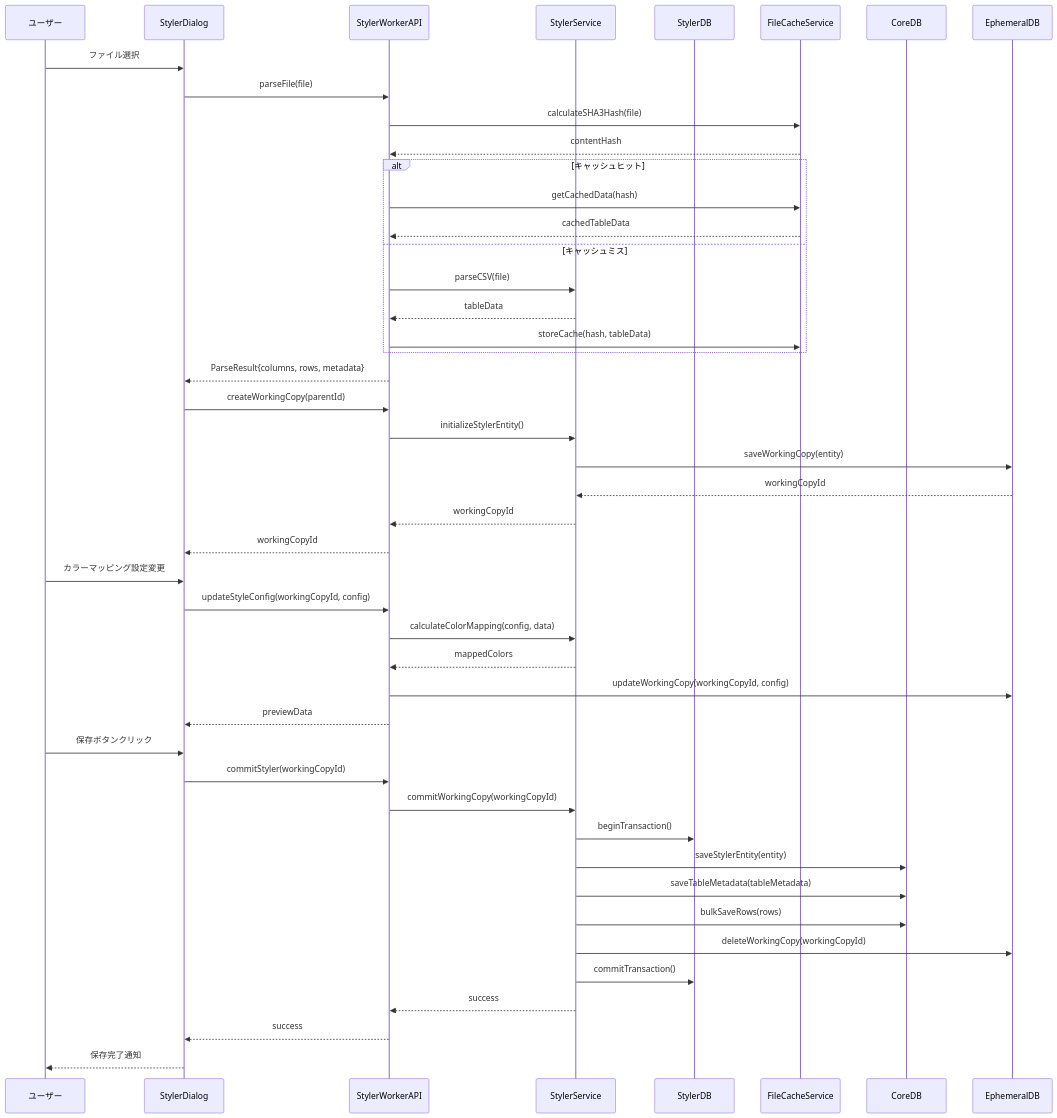
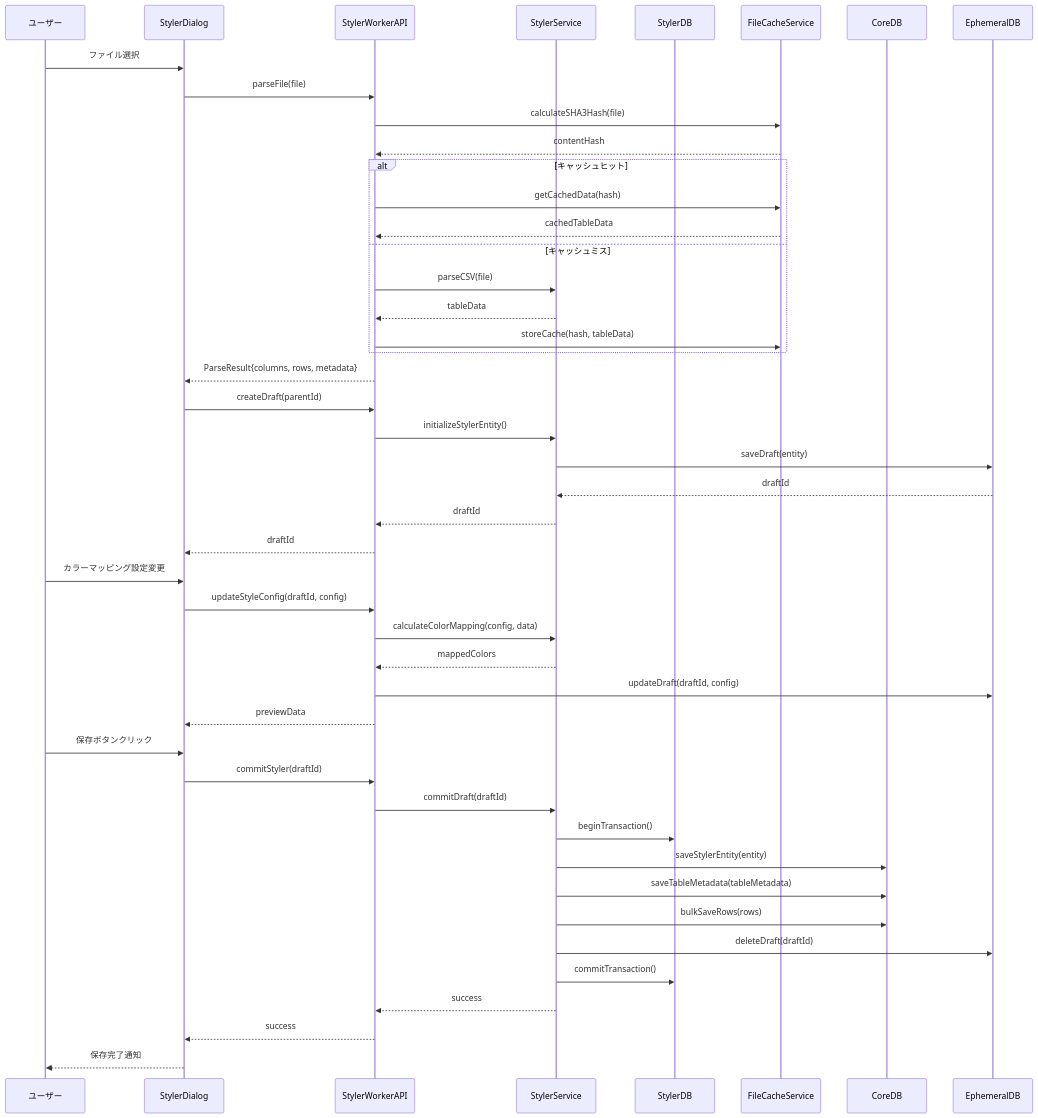
One commit to kubohiroya/hierarchidb changed the second of 10 diagrams in docs/deprecated/REPORT/design/plugin-stylemap/dataflow.md. Above: the diagram before and after it, drawn with Mermaid. The commit also changed other lines of this file and 796 other files, not shown here.

````diff
--- a/docs/deprecated/REPORT/design/plugin-stylemap/dataflow.md
+++ b/docs/deprecated/REPORT/design/plugin-stylemap/dataflow.md
@@ -57,60 +57,60 @@
 ```mermaid
 sequenceDiagram
     participant U as ユーザー
     participant UI as StylerDialog
     participant W as StylerWorkerAPI
     participant S as StylerService
     participant DB as StylerDB
     participant Cache as FileCacheService
     participant CoreDB as CoreDB
     participant EDB as EphemeralDB
 
     %% ファイルアップロード
     U->>UI: ファイル選択
     UI->>W: parseFile(file)
     W->>Cache: calculateSHA3Hash(file)
     Cache-->>W: contentHash
     
     alt キャッシュヒット
         W->>Cache: getCachedData(hash)
         Cache-->>W: cachedTableData
     else キャッシュミス
         W->>S: parseCSV(file)
         S-->>W: tableData
         W->>Cache: storeCache(hash, tableData)
     end
     
     W-->>UI: ParseResult{columns, rows, metadata}
     
     %% 作業コピー作成
-    UI->>W: createWorkingCopy(parentId)
+    UI->>W: createDraft(parentId)
     W->>S: initializeStylerEntity()
-    S->>EDB: saveWorkingCopy(entity)
-    EDB-->>S: workingCopyId
-    S-->>W: workingCopyId
-    W-->>UI: workingCopyId
+    S->>EDB: saveDraft(entity)
+    EDB-->>S: draftId
+    S-->>W: draftId
+    W-->>UI: draftId
 
     %% カラーマッピング設定
     U->>UI: カラーマッピング設定変更
-    UI->>W: updateStyleConfig(workingCopyId, config)
+    UI->>W: updateStyleConfig(draftId, config)
     W->>S: calculateColorMapping(config, data)
     S-->>W: mappedColors
-    W->>EDB: updateWorkingCopy(workingCopyId, config)
+    W->>EDB: updateDraft(draftId, config)
     W-->>UI: previewData
 
     %% 保存処理
     U->>UI: 保存ボタンクリック
-    UI->>W: commitStyler(workingCopyId)
-    W->>S: commitWorkingCopy(workingCopyId)
+    UI->>W: commitStyler(draftId)
+    W->>S: commitDraft(draftId)
     
     S->>DB: beginTransaction()
     S->>CoreDB: saveStylerEntity(entity)
     S->>CoreDB: saveTableMetadata(tableMetadata)
     S->>CoreDB: bulkSaveRows(rows)
-    S->>EDB: deleteWorkingCopy(workingCopyId)
+    S->>EDB: deleteDraft(draftId)
     S->>DB: commitTransaction()
     
     S-->>W: success
     W-->>UI: success
     UI-->>U: 保存完了通知
 ```
````
